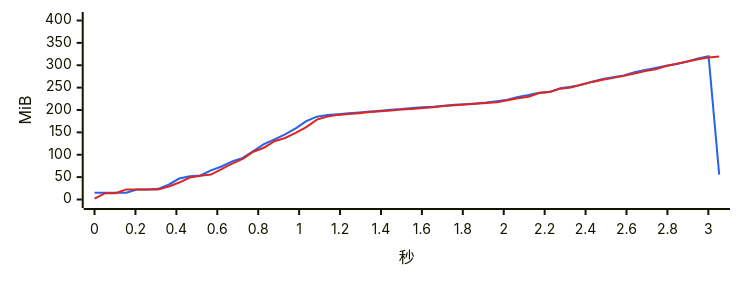
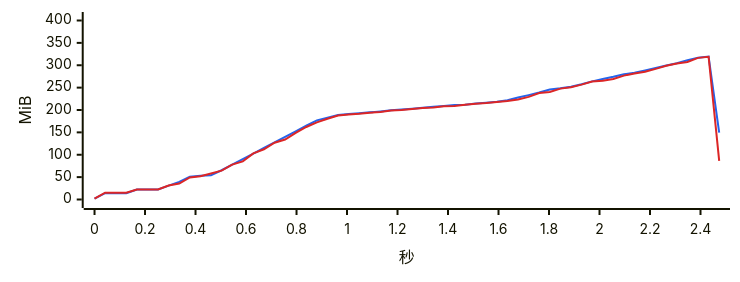
Before and after one commit to 334456777/WeFlow: diagram 14 of 17 in bench/v2.0.0/summary.md, drawn with Mermaid. The commit also changed other lines of this file and 3 other files, not shown here.

````diff
--- a/bench/v2.0.0/summary.md
+++ b/bench/v2.0.0/summary.md
@@ -433,8 +430,8 @@
 ```mermaid
 %%{init: {"xyChart": {"width": 720, "height": 260}, "themeVariables": {"xyChart": {"plotColorPalette": "#2563eb, #dc2626"}}}}%%
 xychart-beta
-    x-axis "秒" 0 --> 3.053
+    x-axis "秒" 0 --> 2.474
     y-axis "MiB" 0 --> 400
-    line [15.0, 15.0, 15.0, 15.0, 22.5, 22.5, 23.8, 33.2, 46.8, 52.0, 53.6, 65.0, 73.8, 85.3, 93.1, 108.4, 123.9, 134.5, 145.4, 158.8, 175.1, 185.1, 188.8, 190.5, 192.6, 194.7, 196.4, 198.4, 200.6, 202.1, 204.2, 205.9, 207.3, 209.5, 211.5, 213.1, 214.6, 216.6, 219.8, 222.9, 229.3, 233.3, 238.7, 240.6, 248.4, 252.0, 256.1, 263.2, 269.3, 273.1, 277.4, 284.3, 289.4, 293.7, 299.0, 302.9, 308.4, 315.3, 320.0, 55.7]
-    line [1.8, 14.1, 14.1, 22.5, 22.5, 22.5, 22.5, 29.0, 37.9, 49.2, 53.0, 55.8, 67.7, 80.3, 90.9, 106.7, 115.7, 130.2, 137.5, 149.0, 161.7, 178.4, 185.6, 189.1, 190.8, 193.0, 195.3, 197.0, 198.9, 200.9, 202.0, 204.5, 206.1, 208.7, 210.5, 212.2, 214.0, 215.4, 217.3, 222.0, 226.2, 229.7, 238.0, 240.4, 247.7, 250.5, 256.9, 262.8, 267.5, 271.8, 276.4, 281.7, 287.0, 291.2, 298.4, 303.4, 308.5, 313.3, 317.1, 319.3]
+    line [1.8, 14.1, 14.1, 14.1, 22.4, 22.4, 22.4, 30.9, 39.4, 51.0, 53.0, 54.2, 65.4, 77.8, 90.1, 102.6, 115.1, 127.5, 139.8, 152.2, 164.8, 176.8, 182.8, 188.8, 190.9, 192.8, 194.8, 196.9, 199.2, 201.1, 203.0, 205.2, 207.0, 208.9, 211.0, 212.0, 214.3, 216.4, 218.7, 221.6, 227.8, 233.2, 239.1, 245.8, 248.4, 252.1, 257.6, 264.0, 269.2, 274.2, 280.0, 283.1, 288.5, 293.8, 299.5, 304.5, 311.3, 317.0, 319.6, 149.3]
+    line [1.8, 15.1, 15.1, 15.1, 22.5, 22.5, 22.5, 31.1, 35.7, 49.2, 52.1, 58.2, 64.5, 77.9, 85.1, 103.1, 112.2, 126.9, 134.0, 148.8, 162.1, 172.3, 180.4, 187.6, 190.2, 191.4, 194.0, 195.3, 198.8, 199.8, 202.4, 204.4, 205.5, 208.3, 209.2, 211.5, 214.1, 215.6, 217.8, 219.9, 223.3, 229.3, 238.0, 240.1, 247.8, 251.0, 256.7, 263.5, 265.5, 269.3, 276.8, 281.5, 285.4, 291.9, 298.7, 303.9, 307.3, 316.5, 319.0, 86.4]
 ```
````
